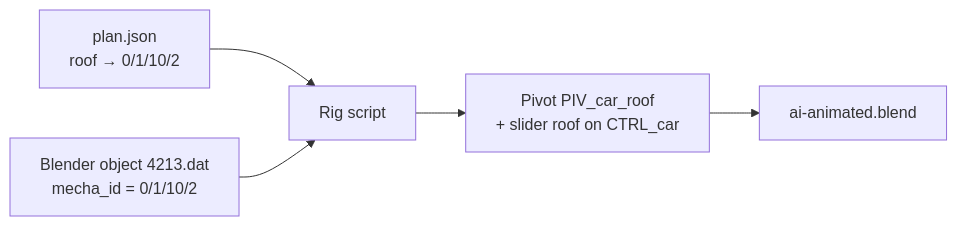
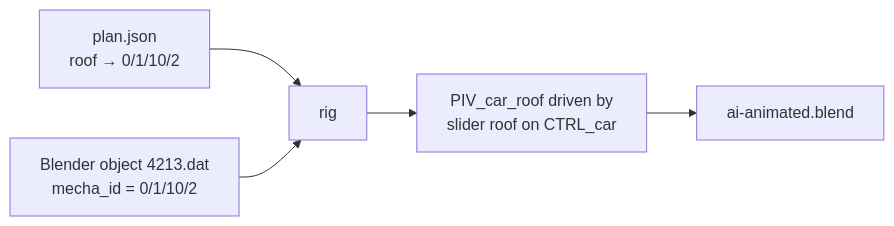
The fourth of 4 diagrams in PROCESS.md (anteloc/ldraw-mecha), drawn with Mermaid before and after one commit. The commit also changed other lines of this file, not shown here.

````diff
--- a/PROCESS.md
+++ b/PROCESS.md
@@ -246,7 +276,7 @@
 ```mermaid
 flowchart LR
-    plan["plan.json<br/>roof → 0/1/10/2"] --> script["Rig script"]
+    plan["plan.json<br/>roof → 0/1/10/2"] --> script["rig"]
     glb["Blender object 4213.dat<br/>mecha_id = 0/1/10/2"] --> script
-    script --> rig["Pivot PIV_car_roof<br/>+ slider roof on CTRL_car"]
+    script --> rig["PIV_car_roof driven by<br/>slider roof on CTRL_car"]
     rig --> blend["ai-animated.blend"]
 ```
````
